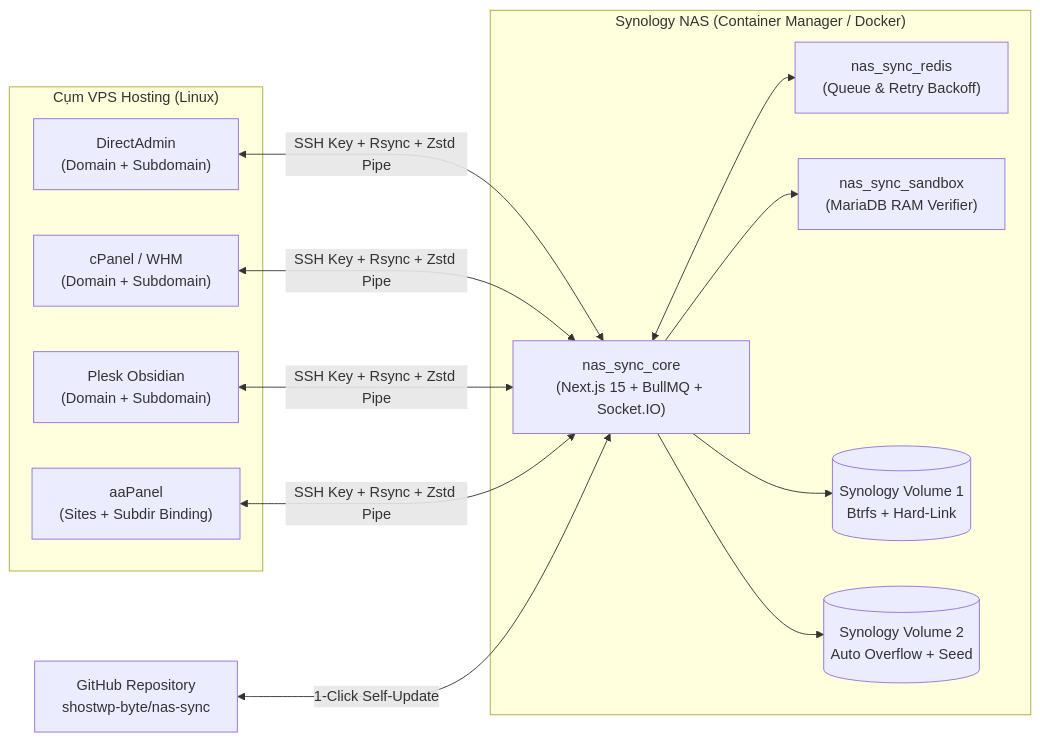
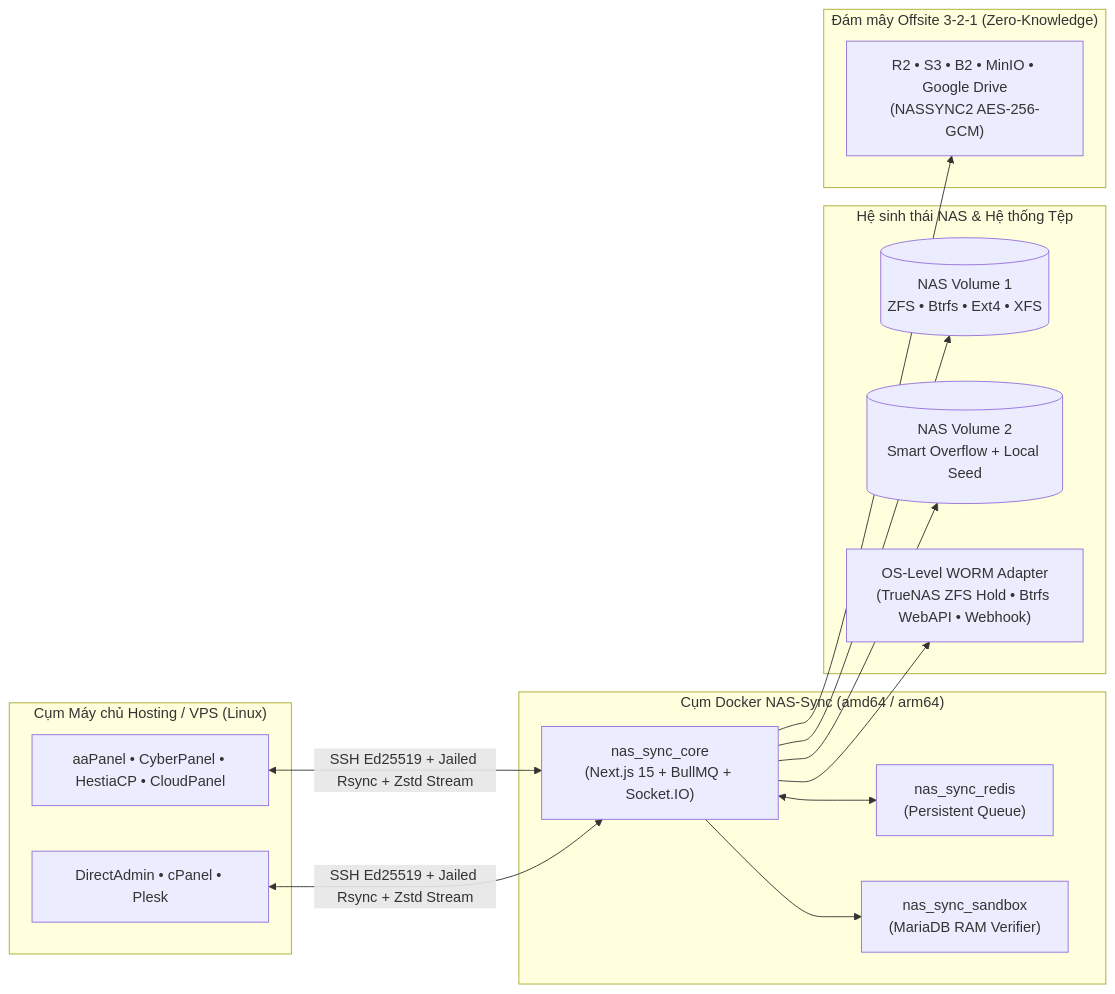
One commit to shostwp-byte/nas-sync changed the diagram in README.md. Above: the diagram before and after it, drawn with Mermaid. The commit also changed other lines of this file and 44 other files, not shown here.

Commit message:
release(v1.7.0): universal multi-NAS architecture, vendor-neutral branding & README overhaul

````diff
--- a/README.md
+++ b/README.md
@@ -41,25 +44,30 @@
 ```mermaid
 flowchart LR
-    subgraph Cluster["Cụm VPS Hosting (Linux)"]
-        V1["DirectAdmin\n(Domain + Subdomain)"]
-        V2["cPanel / WHM\n(Domain + Subdomain)"]
-        V3["Plesk Obsidian\n(Domain + Subdomain)"]
-        V4["aaPanel\n(Sites + Subdir Binding)"]
+    subgraph Cluster["Cụm Máy chủ Hosting / VPS (Linux)"]
+        P1["DirectAdmin • cPanel • Plesk"]
+        P2["aaPanel • CyberPanel • HestiaCP • CloudPanel"]
     end
 
-    subgraph NAS["Synology NAS (Container Manager / Docker)"]
+    subgraph Stack["Cụm Docker NAS-Sync (amd64 / arm64)"]
         CORE["nas_sync_core\n(Next.js 15 + BullMQ + Socket.IO)"]
-        REDIS["nas_sync_redis\n(Queue & Retry Backoff)"]
+        REDIS["nas_sync_redis\n(Persistent Queue)"]
         SANDBOX["nas_sync_sandbox\n(MariaDB RAM Verifier)"]
-        VOL1[("Synology Volume 1\nBtrfs + Hard-Link")]
-        VOL2[("Synology Volume 2\nAuto Overflow + Seed")]
     end
 
-    GH["GitHub Repository\nshostwp-byte/nas-sync"]
+    subgraph Storage["Hệ sinh thái NAS & Hệ thống Tệp"]
+        VOL1[("NAS Volume 1\nZFS • Btrfs • Ext4 • XFS")]
+        VOL2[("NAS Volume 2\nSmart Overflow + Local Seed")]
+        WORM["OS-Level WORM Adapter\n(TrueNAS ZFS Hold • Btrfs WebAPI • Webhook)"]
+    end
 
-    V1 & V2 & V3 & V4 <-->|"SSH Key + Rsync + Zstd Pipe"| CORE
+    subgraph Offsite["Đám mây Offsite 3-2-1 (Zero-Knowledge)"]
+        CLOUD["R2 • S3 • B2 • MinIO • Google Drive\n(NASSYNC2 AES-256-GCM)"]
+    end
+
+    P1 & P2 <-->|"SSH Ed25519 + Jailed Rsync + Zstd Stream"| CORE
     CORE <--> REDIS
     CORE --> SANDBOX
     CORE --> VOL1 & VOL2
-    GH <-->|"1-Click Self-Update"| CORE
+    CORE --> WORM
+    CORE --> CLOUD
 ```
````
